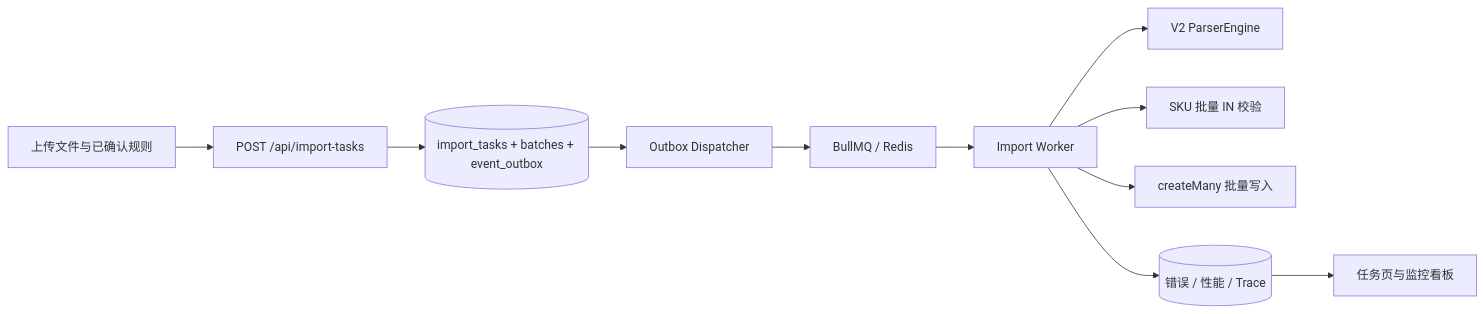
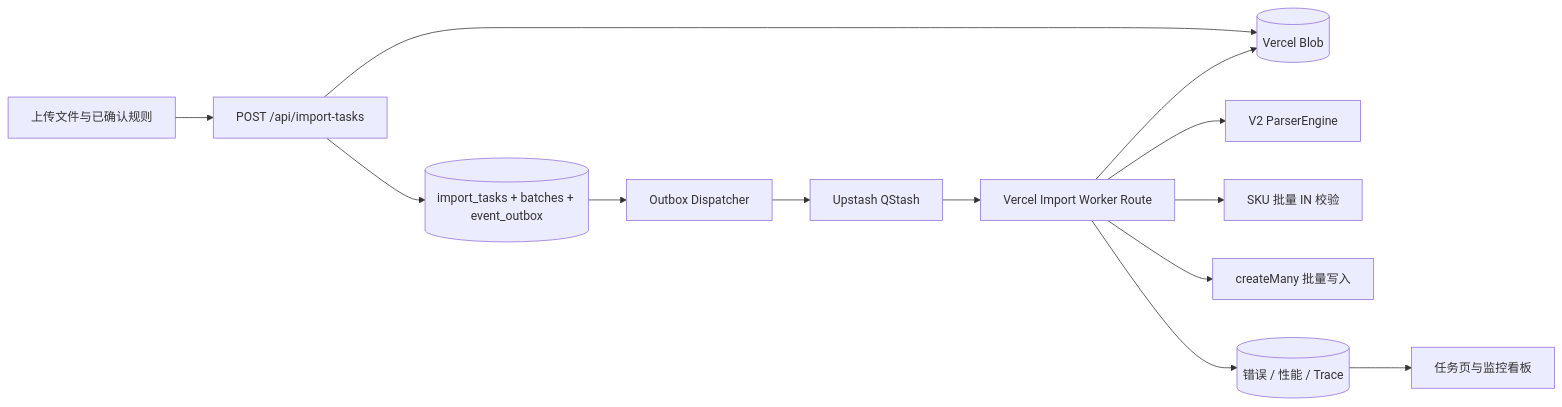
One commit to mdzmjfreedom/my-vercel-app-0807 changed the diagram in docs/V4-架构设计.md. Above: the diagram before and after it, drawn with Mermaid. The commit also changed other lines of this file and 26 other files, not shown here.

````diff
--- a/docs/V4-架构设计.md
+++ b/docs/V4-架构设计.md
@@ -3,13 +3,15 @@
 ```mermaid
 flowchart LR
   U[上传文件与已确认规则] --> API[POST /api/import-tasks]
   API --> TX[(import_tasks + batches + event_outbox)]
+  API --> BS[(Vercel Blob)]
   TX --> D[Outbox Dispatcher]
-  D --> Q[BullMQ / Redis]
-  Q --> W[Import Worker]
+  D --> Q[Upstash QStash]
+  Q --> W[Vercel Import Worker Route]
+  W --> BS
   W --> P[V2 ParserEngine]
   W --> S[SKU 批量 IN 校验]
   W --> B[createMany 批量写入]
   W --> O[(错误 / 性能 / Trace)]
   O --> UI[任务页与监控看板]
 ```
````
